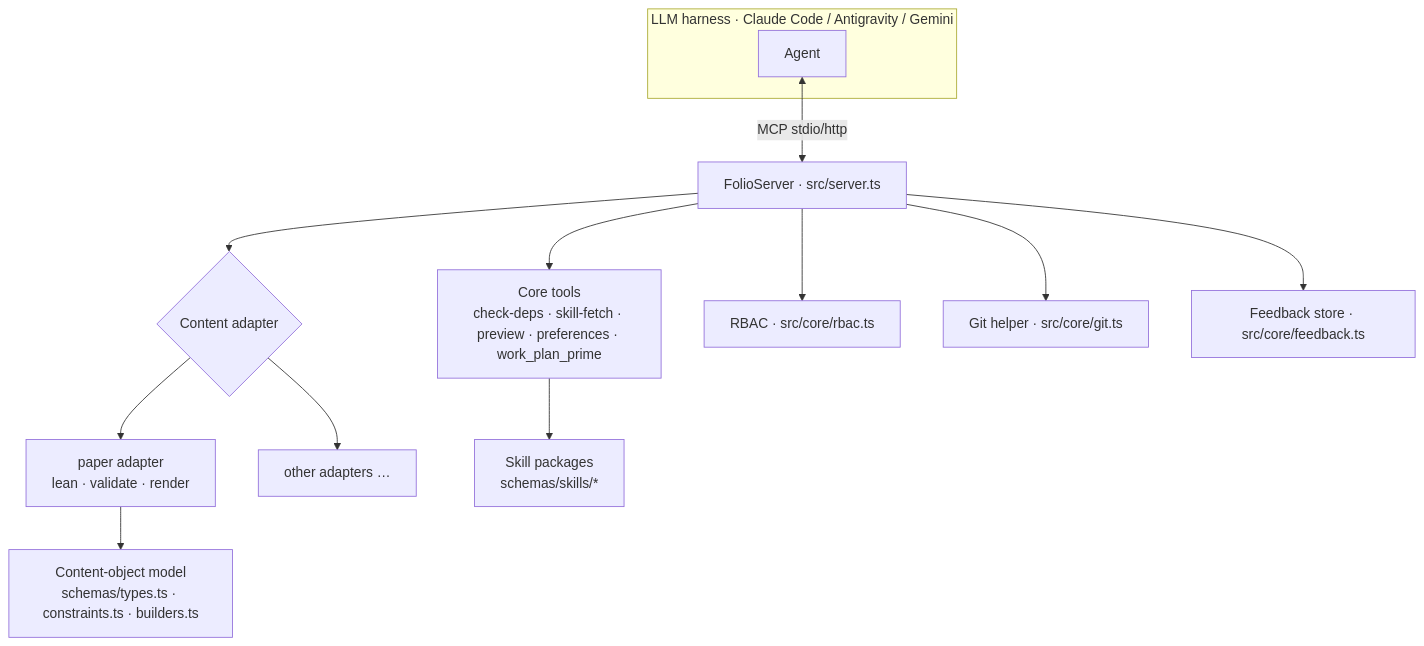
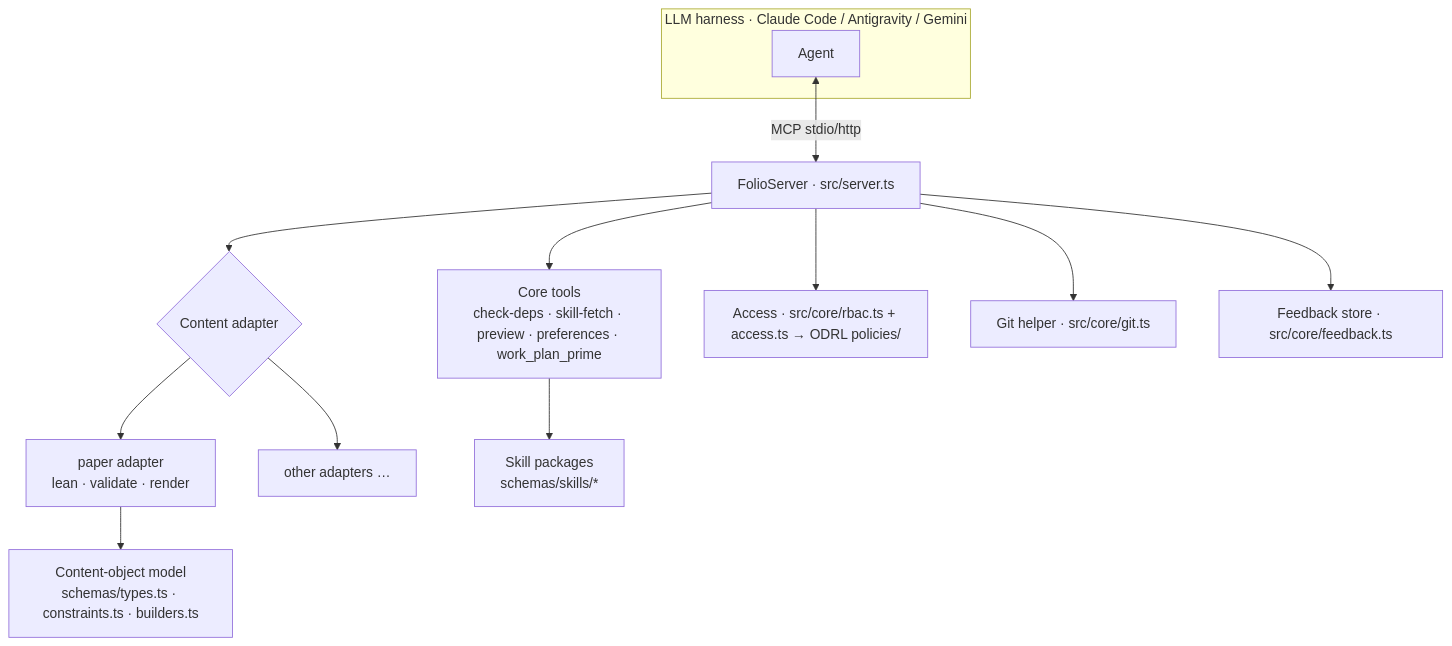
One commit to litlfred/folio-assistant changed the diagram in cat-harness/docs/architecture.md. Above: the diagram before and after it, drawn with Mermaid. The commit also changed other lines of this file and 39 other files, not shown here.

````diff
--- a/cat-harness/docs/architecture.md
+++ b/cat-harness/docs/architecture.md
@@ -35,16 +35,16 @@
 ```mermaid
 flowchart TD
     subgraph Harness[LLM harness · Claude Code / Antigravity / Gemini]
       LLM[Agent]
     end
     LLM <-->|MCP stdio/http| Server[FolioServer · src/server.ts]
     Server --> Tools[Core tools<br/>check-deps · skill-fetch · preview · preferences · work_plan_prime]
     Server --> Adapter{Content adapter}
     Adapter --> Paper[paper adapter<br/>lean · validate · render]
     Adapter --> Future[other adapters …]
-    Server --> RBAC[RBAC · src/core/rbac.ts]
+    Server --> RBAC[Access · src/core/rbac.ts + access.ts → ODRL policies/]
     Server --> Git[Git helper · src/core/git.ts]
     Server --> Feedback[Feedback store · src/core/feedback.ts]
     Tools --> Skills[Skill packages<br/>schemas/skills/*]
     Paper --> Model[Content-object model<br/>schemas/types.ts · constraints.ts · builders.ts]
 ```
````
